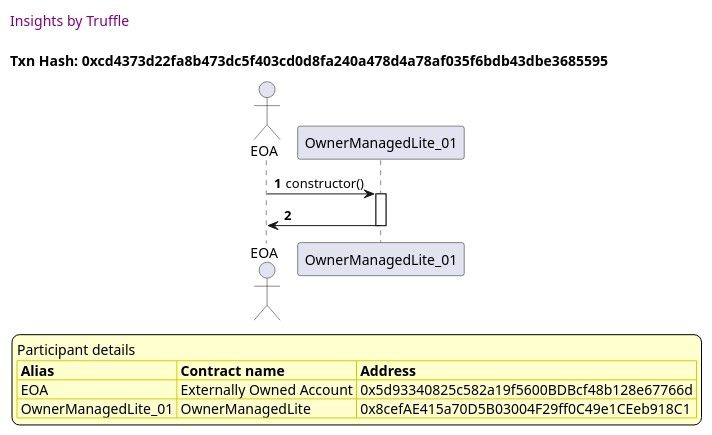
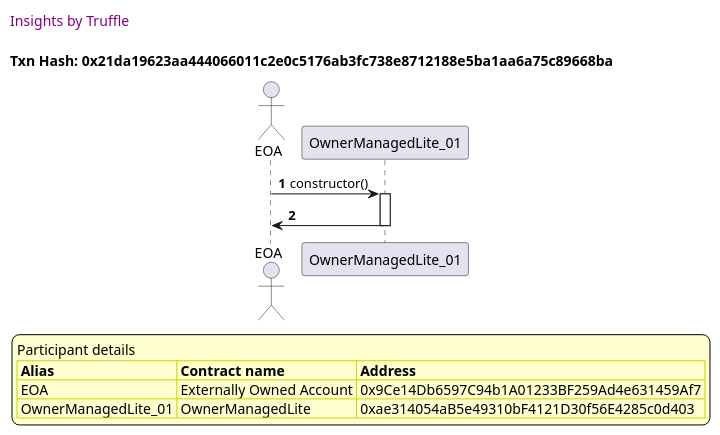
Before and after one commit to thedarkjester/ConsensysAssignment: diagram 16 of 53 in truffle-seq/OwnerManagedLite_test_withdraw_and_fallback.md, drawn with PlantUML. The commit also changed other lines of this file and 13 other files, not shown here.

````diff
--- a/truffle-seq/OwnerManagedLite_test_withdraw_and_fallback.md
+++ b/truffle-seq/OwnerManagedLite_test_withdraw_and_fallback.md
@@ -782,37 +752,37 @@
 ```plantuml
 
 
 @startuml
 
 autonumber
 skinparam legendBackgroundColor #FEFECE
 
 <style>
       header {
         HorizontalAlignment left
         FontColor purple
         FontSize 14
         Padding 10
       }
     </style>
 
 header Insights by Truffle
 
-title Txn Hash: 0xcd4373d22fa8b473dc5f403cd0d8fa240a478d4a78af035f6bdb43dbe3685595
+title Txn Hash: 0x21da19623aa444066011c2e0c5176ab3fc738e8712188e5ba1aa6a75c89668ba
 
 
 actor EOA as "EOA"
 participant OwnerManagedLite_01 as "OwnerManagedLite_01"
 
 "EOA" -> "OwnerManagedLite_01" ++: constructor()
 "OwnerManagedLite_01" -> "EOA" --: 
 
 legend
 Participant details
 <#FEFECE,#D0D000>|= Alias |= Contract name |= Address |
-<#FEFECE>| EOA | Externally Owned Account | 0x5d93340825c582a19f5600BDBcf48b128e67766d |
-<#FEFECE>| OwnerManagedLite_01 | OwnerManagedLite | 0x8cefAE415a70D5B03004F29ff0C49e1CEeb918C1 |
+<#FEFECE>| EOA | Externally Owned Account | 0x9Ce14Db6597C94b1A01233BF259Ad4e631459Af7 |
+<#FEFECE>| OwnerManagedLite_01 | OwnerManagedLite | 0xae314054aB5e49310bF4121D30f56E4285c0d403 |
 endlegend
 
 @enduml
 ```
````
